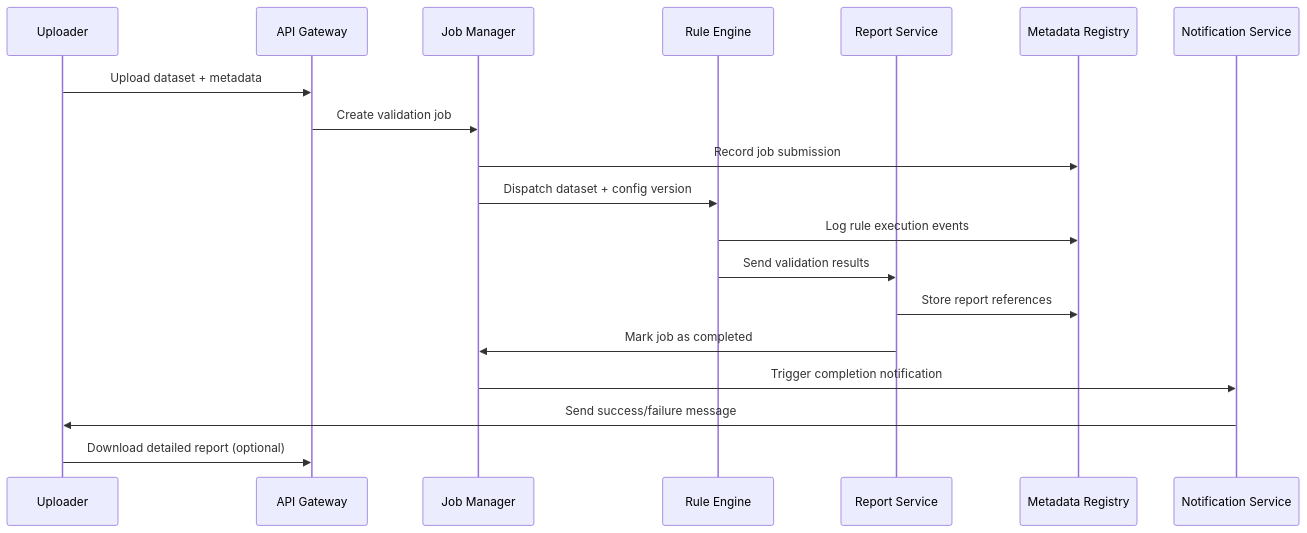
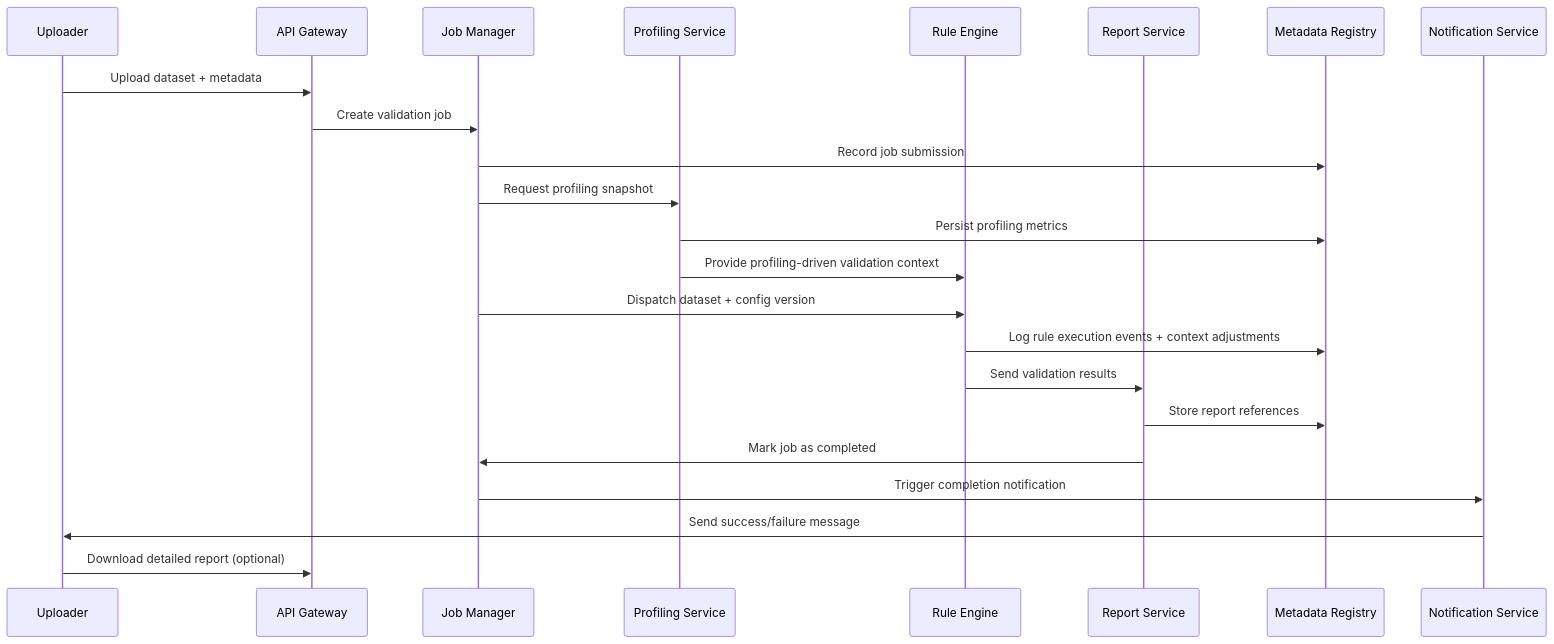
One commit to JohnGaros/data_quality_api changed the diagram in docs/diagrams/upload_validation_flow.mmd. Above: the diagram before and after it, drawn with Mermaid. The commit also changed 23 other files, not shown here.

Commit message:
Document profiling-driven validation and scaffold external upload flow

```diff
--- a/docs/diagrams/upload_validation_flow.mmd
+++ b/docs/diagrams/upload_validation_flow.mmd
@@ -1,20 +1,24 @@
 sequenceDiagram
     participant U as Uploader
     participant API as API Gateway
     participant JM as Job Manager
+    participant PF as Profiling Service
     participant RE as Rule Engine
     participant RS as Report Service
     participant MD as Metadata Registry
     participant NT as Notification Service
 
     U->>API: Upload dataset + metadata
     API->>JM: Create validation job
     JM->>MD: Record job submission
+    JM->>PF: Request profiling snapshot
+    PF->>MD: Persist profiling metrics
+    PF->>RE: Provide profiling-driven validation context
     JM->>RE: Dispatch dataset + config version
-    RE->>MD: Log rule execution events
+    RE->>MD: Log rule execution events + context adjustments
     RE->>RS: Send validation results
     RS->>MD: Store report references
     RS->>JM: Mark job as completed
     JM->>NT: Trigger completion notification
     NT->>U: Send success/failure message
     U->>API: Download detailed report (optional)
```
